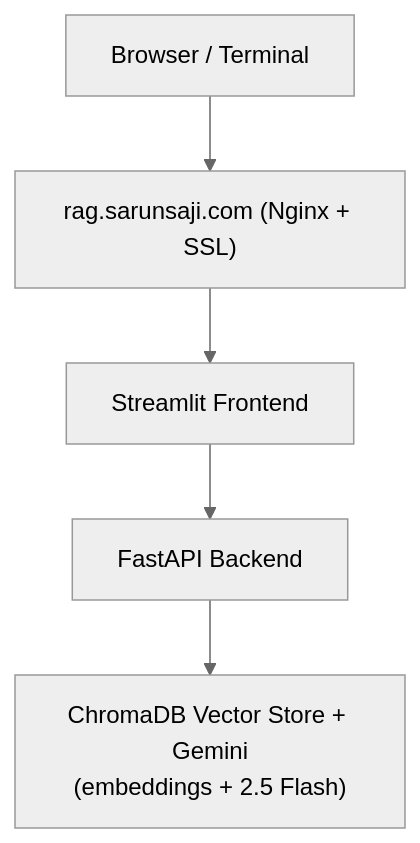
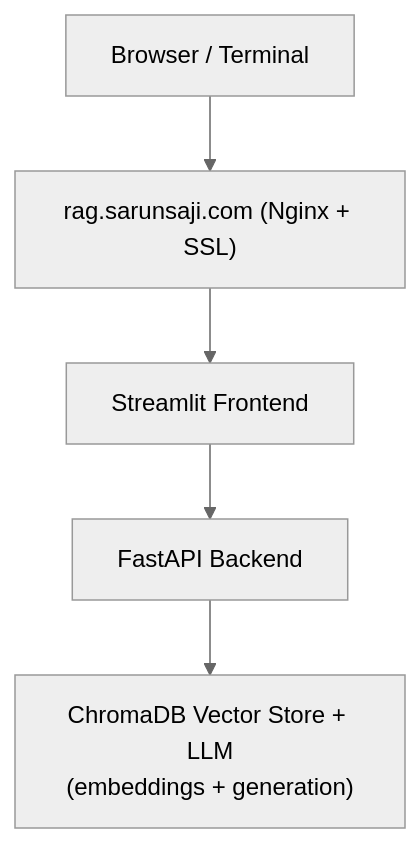
One commit to SarunSaji31/SarunSaji31 changed the second of 2 diagrams in README.md. Above: the diagram before and after it, drawn with Mermaid (neutral theme). The commit also changed other lines of this file, not shown here.

Commit message:
docs: use generic technical names in architecture diagrams

````diff
--- a/README.md
+++ b/README.md
@@ -73,7 +73,7 @@
 ```mermaid
 flowchart TD
     A["Browser / Terminal"] --> B["rag.sarunsaji.com (Nginx + SSL)"]
     B --> C["Streamlit Frontend"]
     C --> D["FastAPI Backend"]
-    D --> E["ChromaDB Vector Store + Gemini<br/>(embeddings + 2.5 Flash)"]
+    D --> E["ChromaDB Vector Store + LLM<br/>(embeddings + generation)"]
 ```
````
